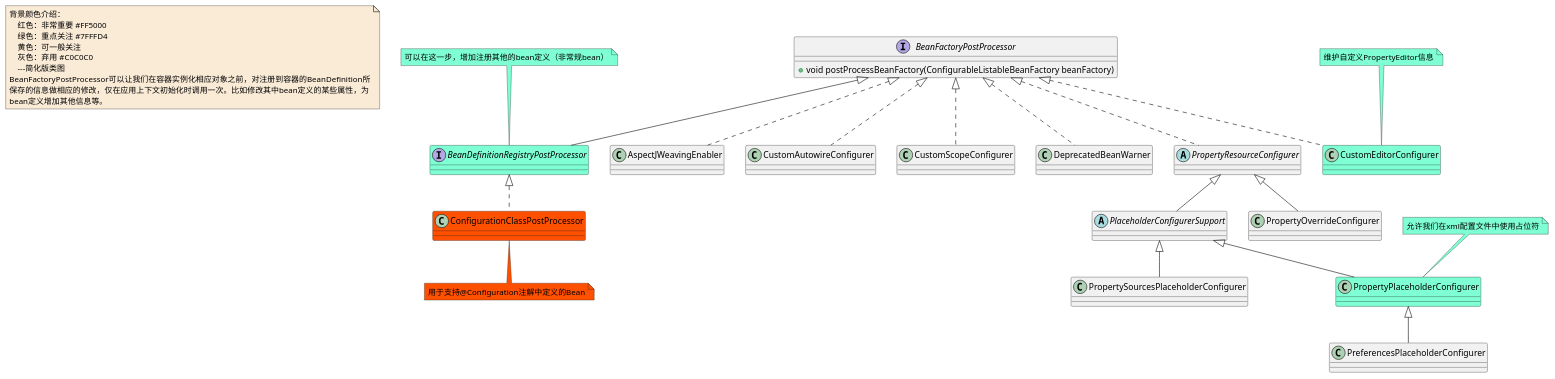
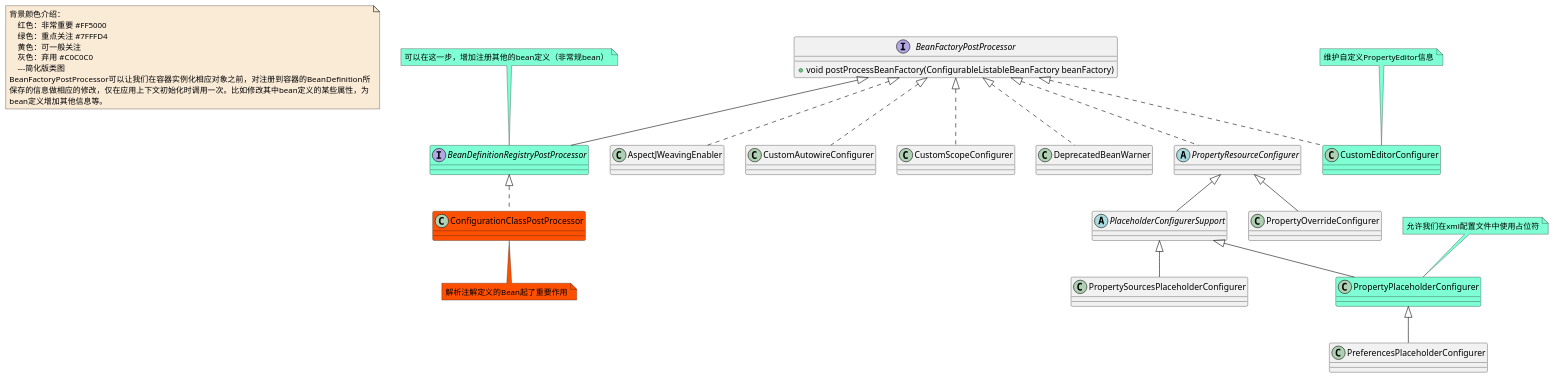
The diagram in document/spring/base/class/Bean-BeanFactoryPostProcessor-class.puml (czwer/learn-spring-code), drawn with PlantUML before and after one commit. The commit also changed 27 other files, not shown here.

Commit message:
1.添加Bean属性绑定的时序图 2.整理了BeanPostProcessor类图 3.添加了Bean相关的类图 4.添加了Bean整个架构的类图关系

```diff
--- a/document/spring/base/class/Bean-BeanFactoryPostProcessor-class.puml
+++ b/document/spring/base/class/Bean-BeanFactoryPostProcessor-class.puml
@@ -1,63 +1,63 @@
 @startuml
 
 note  as N1 #FAEBD7
     背景颜色介绍：
         红色：非常重要 #FF5000
         绿色：重点关注 #7FFFD4
         黄色：可一般关注
         灰色：弃用 #C0C0C0
         ---简化版类图
     BeanFactoryPostProcessor可以让我们在容器实例化相应对象之前，对注册到容器的BeanDefinition所
     保存的信息做相应的修改，仅在应用上下文初始化时调用一次。比如修改其中bean定义的某些属性，为
     bean定义增加其他信息等。
 end note
 
 interface BeanFactoryPostProcessor
 BeanFactoryPostProcessor : +void postProcessBeanFactory(ConfigurableListableBeanFactory beanFactory)
 class AspectJWeavingEnabler
 interface BeanDefinitionRegistryPostProcessor #7FFFD4
 note top #7FFFD4: 可以在这一步，增加注册其他的bean定义（非常规bean）
 class ConfigurationClassPostProcessor #FF5000
-note bottom #FF5000: 用于支持@Configuration注解中定义的Bean
+note bottom #FF5000: 解析注解定义的Bean起了重要作用
 class CustomAutowireConfigurer
 class CustomEditorConfigurer  #7FFFD4
 note top #7FFFD4: 维护自定义PropertyEditor信息
 
 class CustomScopeConfigurer
 class DeprecatedBeanWarner
 abstract class PlaceholderConfigurerSupport
 class PreferencesPlaceholderConfigurer
 class PropertyOverrideConfigurer
 class PropertyPlaceholderConfigurer  #7FFFD4
 note top #7FFFD4: 允许我们在xml配置文件中使用占位符
 class PropertyOverrideConfigurer
 abstract class PropertyResourceConfigurer
 class PropertySourcesPlaceholderConfigurer
 
 BeanDefinitionRegistryPostProcessor <|.. ConfigurationClassPostProcessor
 
 BeanFactoryPostProcessor <|.. AspectJWeavingEnabler
 BeanFactoryPostProcessor <|-- BeanDefinitionRegistryPostProcessor
 BeanFactoryPostProcessor <|.. CustomAutowireConfigurer
 BeanFactoryPostProcessor <|.. CustomEditorConfigurer
 BeanFactoryPostProcessor <|.. CustomScopeConfigurer
 BeanFactoryPostProcessor <|.. DeprecatedBeanWarner
 BeanFactoryPostProcessor <|.. PropertyResourceConfigurer
 
 
 
 PlaceholderConfigurerSupport <|-- PropertyPlaceholderConfigurer
 PlaceholderConfigurerSupport <|-- PropertySourcesPlaceholderConfigurer
 
 
 PropertyPlaceholderConfigurer <|-- PreferencesPlaceholderConfigurer
 
 
 PropertyResourceConfigurer <|-- PlaceholderConfigurerSupport
 PropertyResourceConfigurer <|-- PropertyOverrideConfigurer
 
 
 
 
 
 @enduml
```
